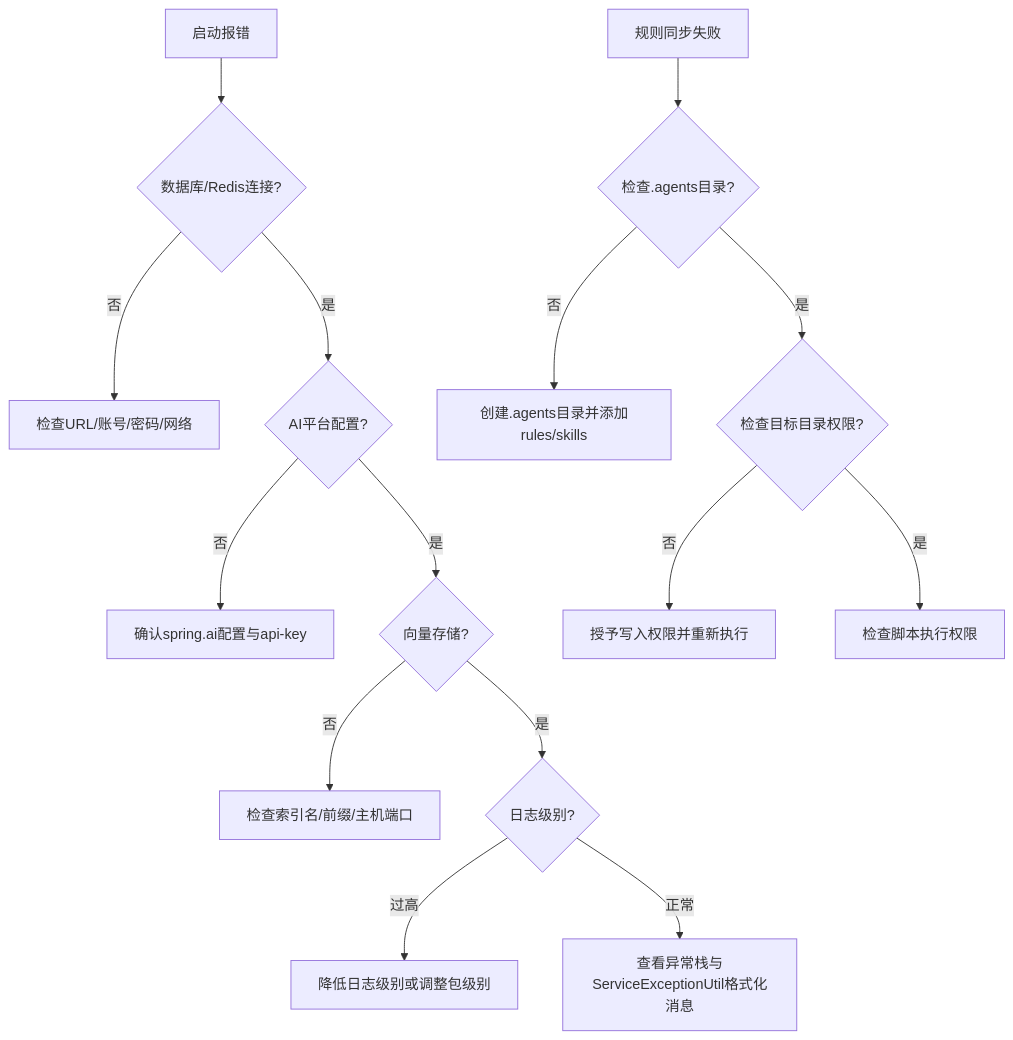
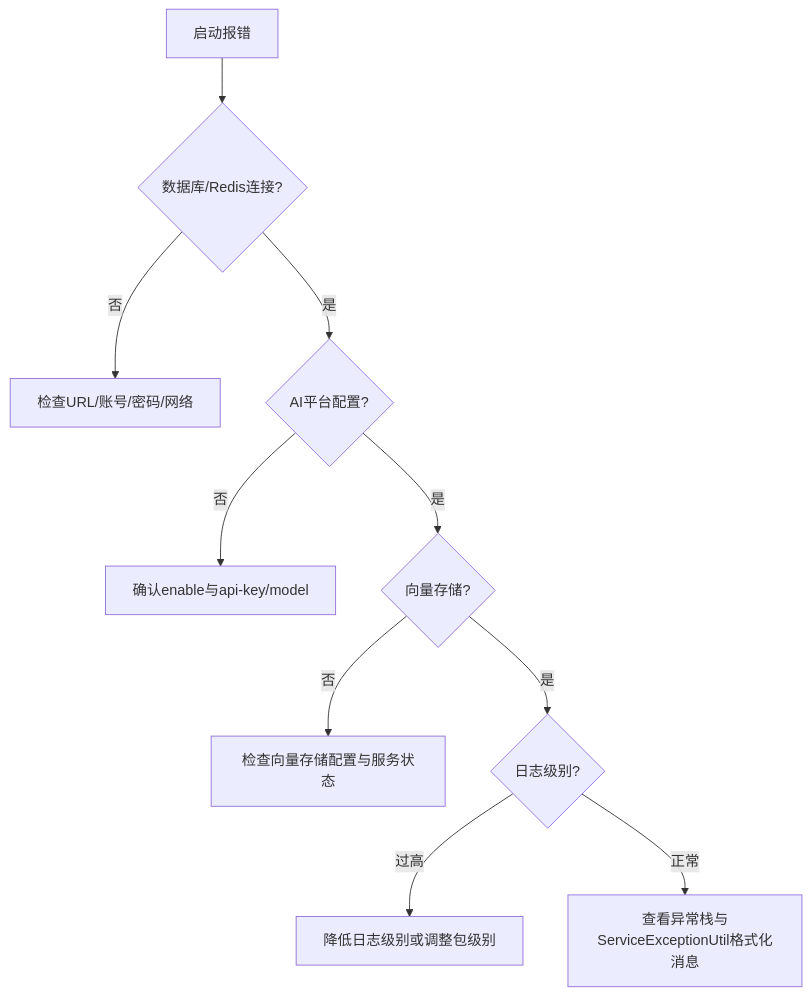
Before and after one commit to X555LB/data-ai: the sixth of 6 diagrams in .qoder/repowiki/zh/content/配置指南.md, drawn with Mermaid. The commit also changed other lines of this file and 9 other files, not shown here.

````diff
--- a/.qoder/repowiki/zh/content/配置指南.md
+++ b/.qoder/repowiki/zh/content/配置指南.md
@@ -352,17 +387,12 @@
 ```mermaid
 flowchart TD
 A["启动报错"] --> B{"数据库/Redis连接?"}
 B --> |否| C["检查URL/账号/密码/网络"]
 B --> |是| D{"AI平台配置?"}
-D --> |否| E["确认spring.ai配置与api-key"]
+D --> |否| E["确认enable与api-key/model"]
 D --> |是| F{"向量存储?"}
-F --> |否| G["检查索引名/前缀/主机端口"]
+F --> |否| G["检查向量存储配置与服务状态"]
 F --> |是| H{"日志级别?"}
 H --> |过高| I["降低日志级别或调整包级别"]
 H --> |正常| J["查看异常栈与ServiceExceptionUtil格式化消息"]
-K["规则同步失败"] --> L{"检查.agents目录?"}
-L --> |否| M["创建.agents目录并添加rules/skills"]
-L --> |是| N{"检查目标目录权限?"}
-N --> |否| O["授予写入权限并重新执行"]
-N --> |是| P["检查脚本执行权限"]
 ```
````
